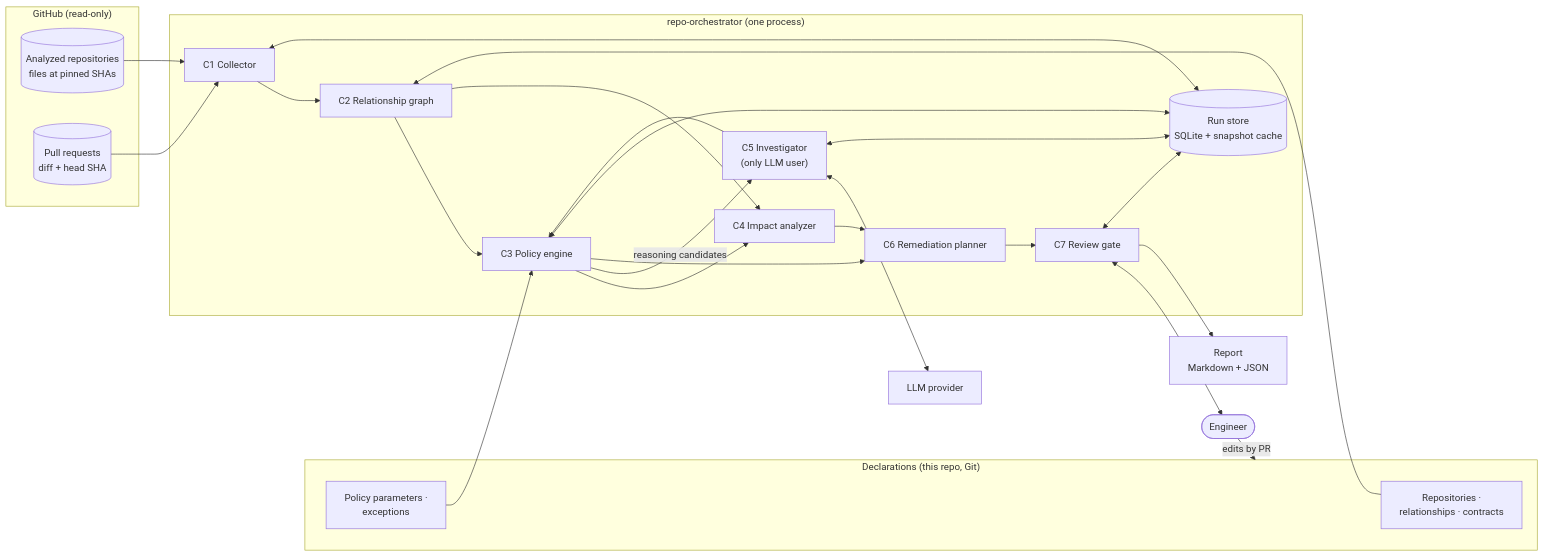
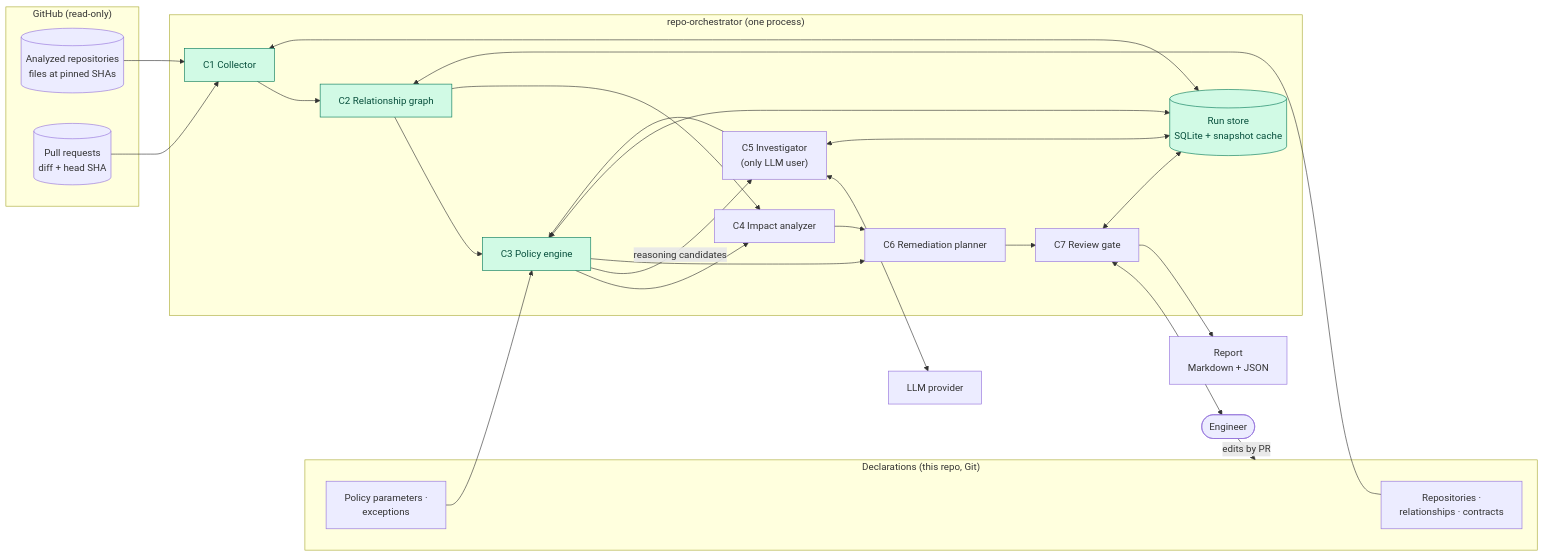
One commit to koydas/repo-orchestrator changed the diagram in docs/architecture.md. Above: the diagram before and after it, drawn with Mermaid. The commit also changed other lines of this file and 17 other files, not shown here.

````diff
--- a/docs/architecture.md
+++ b/docs/architecture.md
@@ -9,45 +9,48 @@
 ```mermaid
 flowchart LR
     subgraph gh["GitHub (read-only)"]
         repos[("Analyzed repositories<br/>files at pinned SHAs")]
         prs[("Pull requests<br/>diff + head SHA")]
     end
 
     subgraph decl["Declarations (this repo, Git)"]
         rel["Repositories ·<br/>relationships · contracts"]
         pol["Policy parameters ·<br/>exceptions"]
     end
 
     subgraph ro["repo-orchestrator (one process)"]
         col["C1 Collector"]
         grf["C2 Relationship graph"]
         eng["C3 Policy engine"]
         imp["C4 Impact analyzer"]
         inv["C5 Investigator<br/>(only LLM user)"]
         plan["C6 Remediation planner"]
         gate["C7 Review gate"]
         store[("Run store<br/>SQLite + snapshot cache")]
     end
 
     llm["LLM provider"]
     human(["Engineer"])
     out["Report<br/>Markdown + JSON"]
 
     repos --> col
     prs --> col
     rel --> grf
     pol --> eng
     col --> grf --> eng
     grf --> imp
     eng --> imp
     eng -- "reasoning candidates" --> inv
     inv <--> llm
     inv --> eng
     imp --> plan
     eng --> plan
     plan --> gate
     gate <--> human
     gate --> out
     col & eng & inv & gate <--> store
     human -- "edits by PR" --> decl
+
+    classDef m1 fill:#d1fae5,stroke:#047857,color:#064e3b
+    class col,grf,eng,store m1
 ```
````
